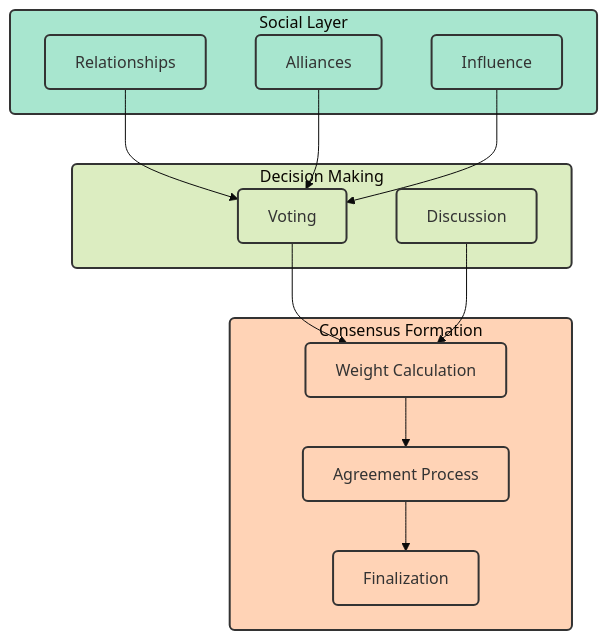
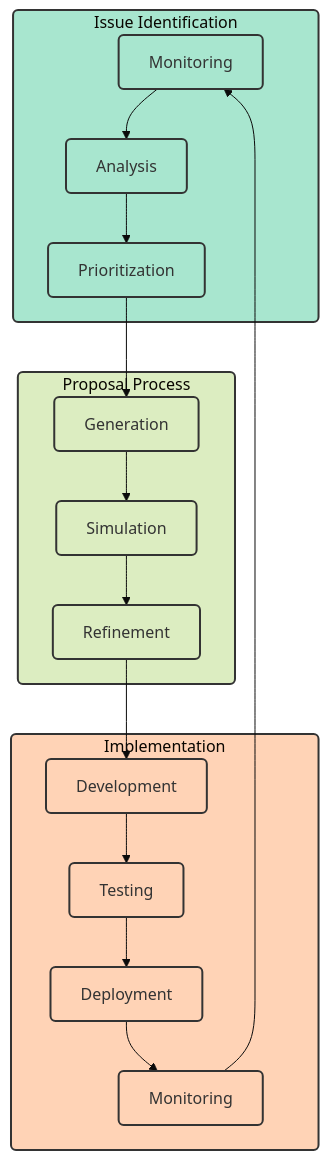
One commit to SumeetChougule/chaoschain changed the eighth of 9 diagrams in docs/introduction/architecture.md. Above: the diagram before and after it, drawn with Mermaid. The commit also changed other lines of this file and 6 other files, not shown here.

````diff
--- a/docs/introduction/architecture.md
+++ b/docs/introduction/architecture.md
@@ -225,37 +301,42 @@
 ```mermaid
 %%{init: {'theme': 'base', 'themeVariables': { 'fontSize': '16px', 'fontFamily': 'arial' }}}%%
 flowchart TB
-    subgraph Social["Social Layer"]
-        R["Relationships"]
-        A["Alliances"]
-        I["Influence"]
+    subgraph Identification["Issue Identification"]
+        M["Monitoring"]
+        A["Analysis"]
+        P["Prioritization"]
     end
     
-    subgraph Decision["Decision Making"]
-        V["Voting"]
-        D["Discussion"]
+    subgraph Proposal["Proposal Process"]
+        G["Generation"]
+        S["Simulation"]
+        R["Refinement"]
     end
     
-    subgraph Formation["Consensus Formation"]
-        W["Weight Calculation"]
-        AG["Agreement Process"]
-        F["Finalization"]
+    subgraph Implementation["Implementation"]
+        D["Development"]
+        T["Testing"]
+        DE["Deployment"]
+        MO["Monitoring"]
     end
     
-    R --> V
-    A --> V
-    I --> V
-    V --> W
-    D --> W
-    W --> AG
-    AG --> F
+    M --> A
+    A --> P
+    P --> G
+    G --> S
+    S --> R
+    R --> D
+    D --> T
+    T --> DE
+    DE --> MO
+    MO --> M
     
     classDef default fill:#f8f9fa,stroke:#333,stroke-width:2px,rx:5,ry:5
-    classDef social fill:#a8e6cf,stroke:#333,stroke-width:2px,rx:5,ry:5
-    classDef decision fill:#dcedc1,stroke:#333,stroke-width:2px,rx:5,ry:5
-    classDef formation fill:#ffd3b6,stroke:#333,stroke-width:2px,rx:5,ry:5
+    classDef identification fill:#a8e6cf,stroke:#333,stroke-width:2px,rx:5,ry:5
+    classDef proposal fill:#dcedc1,stroke:#333,stroke-width:2px,rx:5,ry:5
+    classDef implementation fill:#ffd3b6,stroke:#333,stroke-width:2px,rx:5,ry:5
     
-    class R,A,I,Social social
-    class V,D,Decision decision
-    class W,AG,F,Formation formation
-``` 
+    class M,A,P,Identification identification
+    class G,S,R,Proposal proposal
+    class D,T,DE,MO,Implementation implementation
+```
````
